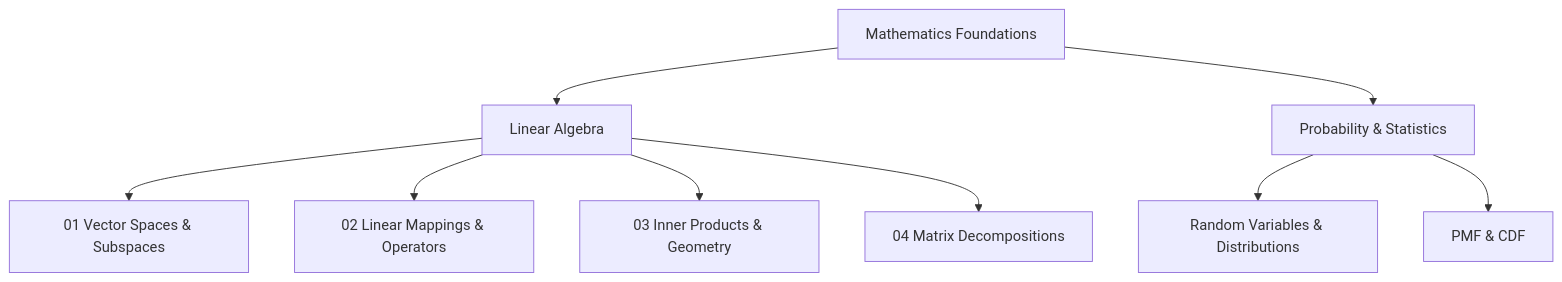
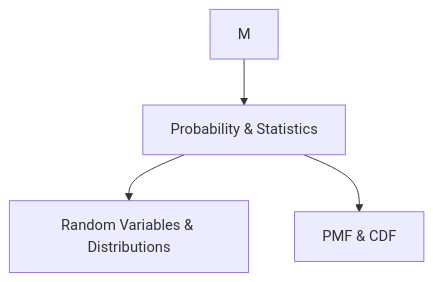
The diagram in Arsenal Vault/ME/1_FOUNDATIONS/01_MATHEMATICS/MATHEMATICS.md (Harsidak/Arsenal), drawn with Mermaid before and after one commit. The commit also changed other lines of this file and 49 other files, not shown here.

````diff
--- a/Arsenal Vault/ME/1_FOUNDATIONS/01_MATHEMATICS/MATHEMATICS.md
+++ b/Arsenal Vault/ME/1_FOUNDATIONS/01_MATHEMATICS/MATHEMATICS.md
@@ -37,13 +19,7 @@
 ```mermaid
 graph TD
-    M[Mathematics Foundations] --> LA[Linear Algebra]
     M --> PR[Probability & Statistics]
-
-    LA --> V[01 Vector Spaces & Subspaces]
-    LA --> LM[02 Linear Mappings & Operators]
-    LA --> IP[03 Inner Products & Geometry]
-    LA --> MD[04 Matrix Decompositions]
 
     PR --> PR1[Random Variables & Distributions]
     PR --> PR2[PMF & CDF]
 ```
````
